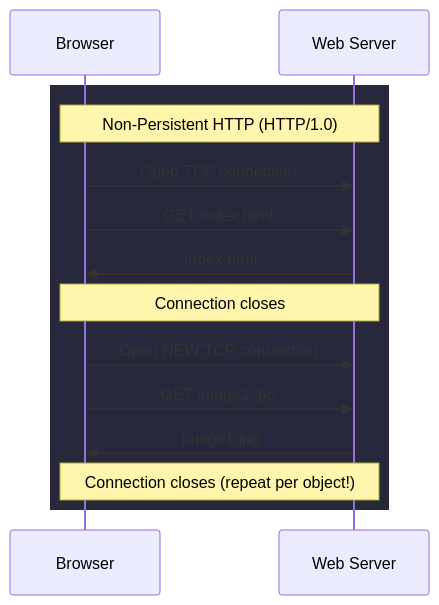
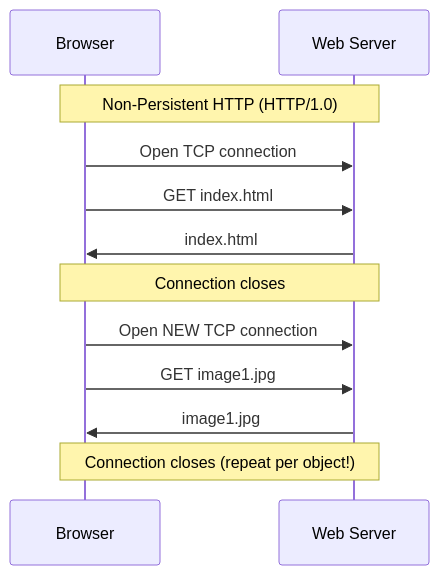
The first of 5 diagrams in content/PCCST501/m1_04_world_wide_web_and_http.md (neerajaj96/Tarangam-app-v2), drawn with Mermaid before and after one commit. The commit also changed other lines of this file and 3 other files, not shown here.

````diff
--- a/content/PCCST501/m1_04_world_wide_web_and_http.md
+++ b/content/PCCST501/m1_04_world_wide_web_and_http.md
@@ -85,16 +123,14 @@
 ```mermaid
 sequenceDiagram
     participant B as Browser
     participant W as Web Server
-    rect rgb(40,40,60)
     Note over B,W: Non-Persistent HTTP (HTTP/1.0)
     B->>W: Open TCP connection
     B->>W: GET index.html
     W->>B: index.html
     Note over B,W: Connection closes
     B->>W: Open NEW TCP connection
     B->>W: GET image1.jpg
     W->>B: image1.jpg
     Note over B,W: Connection closes (repeat per object!)
-    end
 ```
````
